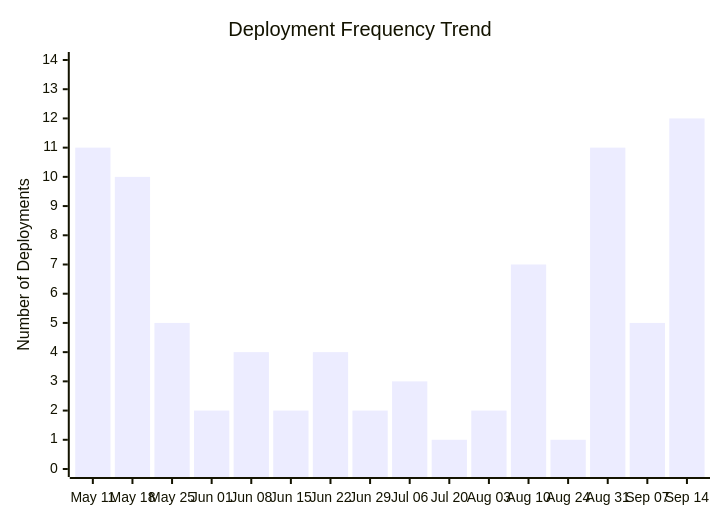
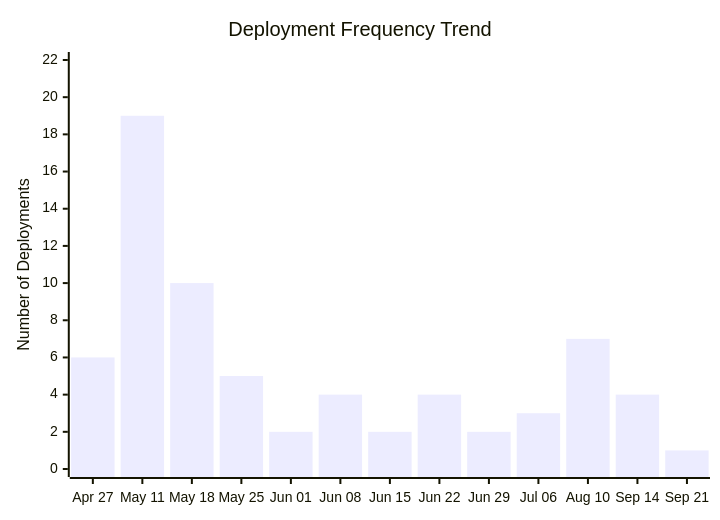
One commit to ukma-cs-ssdm-2025/rate-ukma changed the third of 4 diagrams in docs/ci-cd/dora-summary.md. Above: the diagram before and after it, drawn with Mermaid. The commit also changed other lines of this file, not shown here.

````diff
--- a/docs/ci-cd/dora-summary.md
+++ b/docs/ci-cd/dora-summary.md
@@ -58,7 +55,7 @@
 ```mermaid
 xychart-beta
     title "Deployment Frequency Trend"
-    x-axis ["May 11", "May 18", "May 25", "Jun 01", "Jun 08", "Jun 15", "Jun 22", "Jun 29", "Jul 06", "Jul 20", "Aug 03", "Aug 10", "Aug 24", "Aug 31", "Sep 07", "Sep 14"]
-    y-axis "Number of Deployments" 0 --> 14
-    bar [11.00, 10.00, 5.00, 2.00, 4.00, 2.00, 4.00, 2.00, 3.00, 1.00, 2.00, 7.00, 1.00, 11.00, 5.00, 12.00]
+    x-axis ["Apr 27", "May 11", "May 18", "May 25", "Jun 01", "Jun 08", "Jun 15", "Jun 22", "Jun 29", "Jul 06", "Aug 10", "Sep 14", "Sep 21"]
+    y-axis "Number of Deployments" 0 --> 22
+    bar [6.00, 19.00, 10.00, 5.00, 2.00, 4.00, 2.00, 4.00, 2.00, 3.00, 7.00, 4.00, 1.00]
 ```
````
